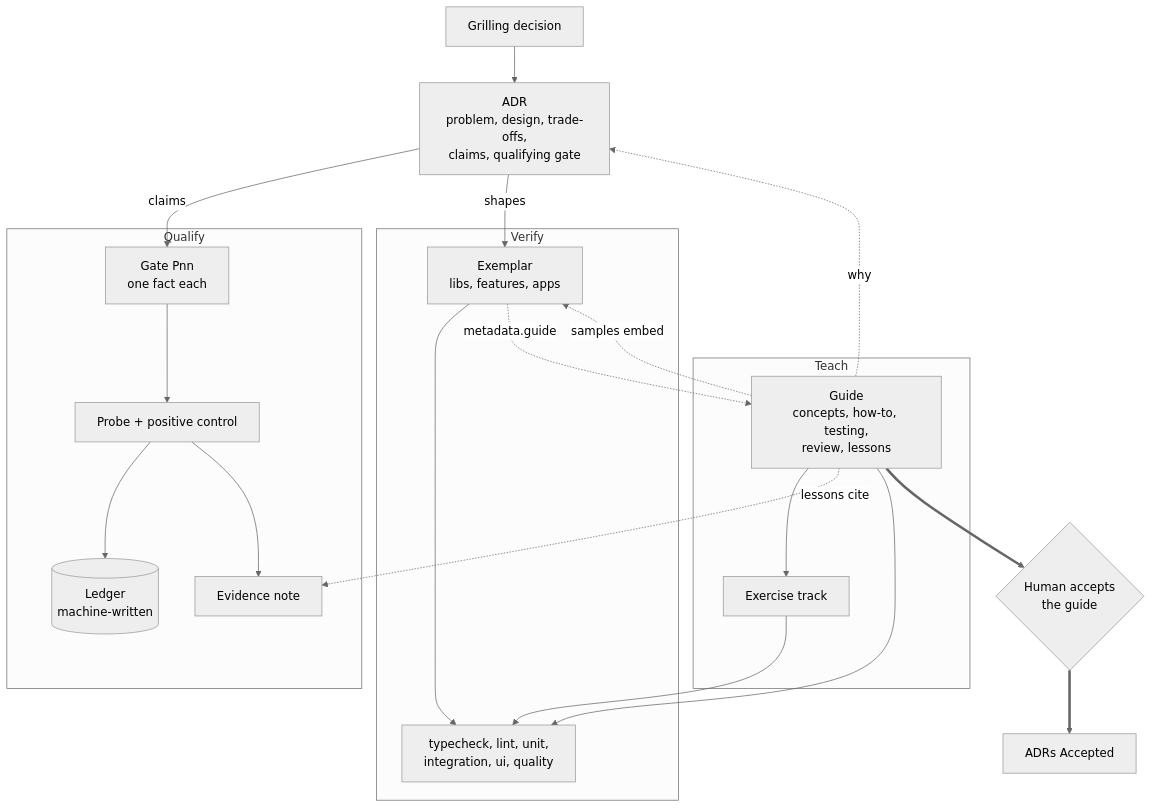
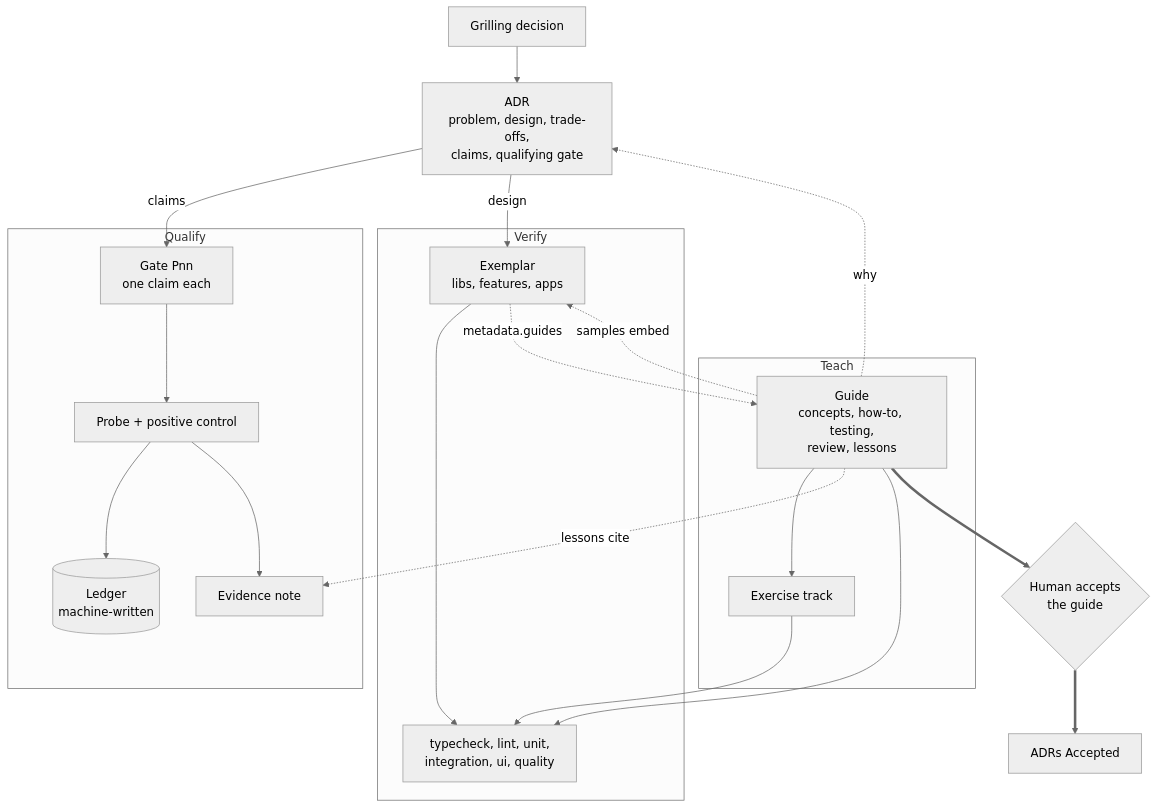
The first of 3 diagrams in apps/docs/src/content/docs/index.mdx (pietgk/viviefs), drawn with Mermaid (neutral theme) before and after one commit. The commit also changed other lines of this file and 3 other files, not shown here.

First line of the commit message:
Diagram labels in our own words: an ADR's design goes to the exemplar, a gate proves one claim, metadata.guides, Delivered is a pattern's.

````diff
--- a/apps/docs/src/content/docs/index.mdx
+++ b/apps/docs/src/content/docs/index.mdx
@@ -54,25 +54,25 @@
 ```mermaid
 flowchart TB
   GR["Grilling decision"] --> ADR["ADR<br/>problem, design, trade-offs,<br/>claims, qualifying gate"]
   ADR -- "claims" --> GATE
-  ADR -- "shapes" --> EX
+  ADR -- "design" --> EX
   subgraph Q["Qualify"]
-    GATE["Gate Pnn<br/>one fact each"] --> PROBE["Probe + positive control"]
+    GATE["Gate Pnn<br/>one claim each"] --> PROBE["Probe + positive control"]
     PROBE --> LEDGER[("Ledger<br/>machine-written")]
     PROBE --> NOTE["Evidence note"]
   end
   subgraph V["Verify"]
     EX["Exemplar<br/>libs, features, apps"] --> CHECKS["typecheck, lint, unit,<br/>integration, ui, quality"]
   end
   subgraph T["Teach"]
     GUIDE["Guide<br/>concepts, how-to, testing,<br/>review, lessons"] --> XT["Exercise track"]
   end
   GUIDE -. "why" .-> ADR
   GUIDE -. "lessons cite" .-> NOTE
   GUIDE -. "samples embed" .-> EX
-  EX -. "metadata.guide" .-> GUIDE
+  EX -. "metadata.guides" .-> GUIDE
   GUIDE --> CHECKS
   XT --> CHECKS
   GUIDE ==> ACC{"Human accepts<br/>the guide"}
   ACC ==> ADRA["ADRs Accepted"]
 ```
````
